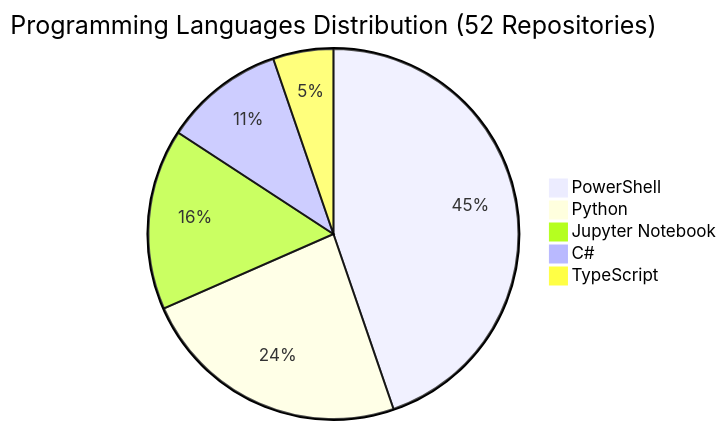
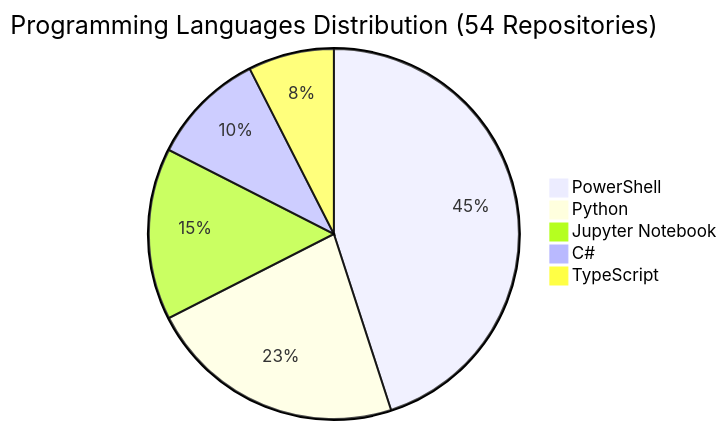
One commit to fabioc-aloha/fabioc-aloha changed the diagram in REPOS.md. Above: the diagram before and after it, drawn with Mermaid. The commit also changed other lines of this file and 1 other file, not shown here.

````diff
--- a/REPOS.md
+++ b/REPOS.md
@@ -129,8 +129,8 @@
 ```mermaid
-pie title Programming Languages Distribution (52 Repositories)
-    "PowerShell" : 17
+pie title Programming Languages Distribution (54 Repositories)
+    "PowerShell" : 18
     "Python" : 9
     "Jupyter Notebook" : 6
     "C#" : 4
-    "TypeScript" : 2
+    "TypeScript" : 3
 ```
````
